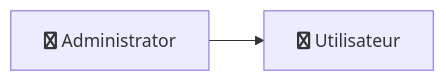
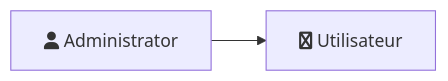
The diagram in uml/cu.md (ayoub-ghanaj/FSSM-Library), drawn with Mermaid before and after one commit.

````diff
--- a/uml/cu.md
+++ b/uml/cu.md
@@ -2,4 +2,4 @@
 ```mermaid
 graph LR
-  Administrator["fab:fa-user Administrator"] --> Utilisateur["fab:fa-user Utilisateur"]
+  Administrator[fa:fa-user Administrator] --> Utilisateur["fab:fa-user Utilisateur"]
 ```
````
